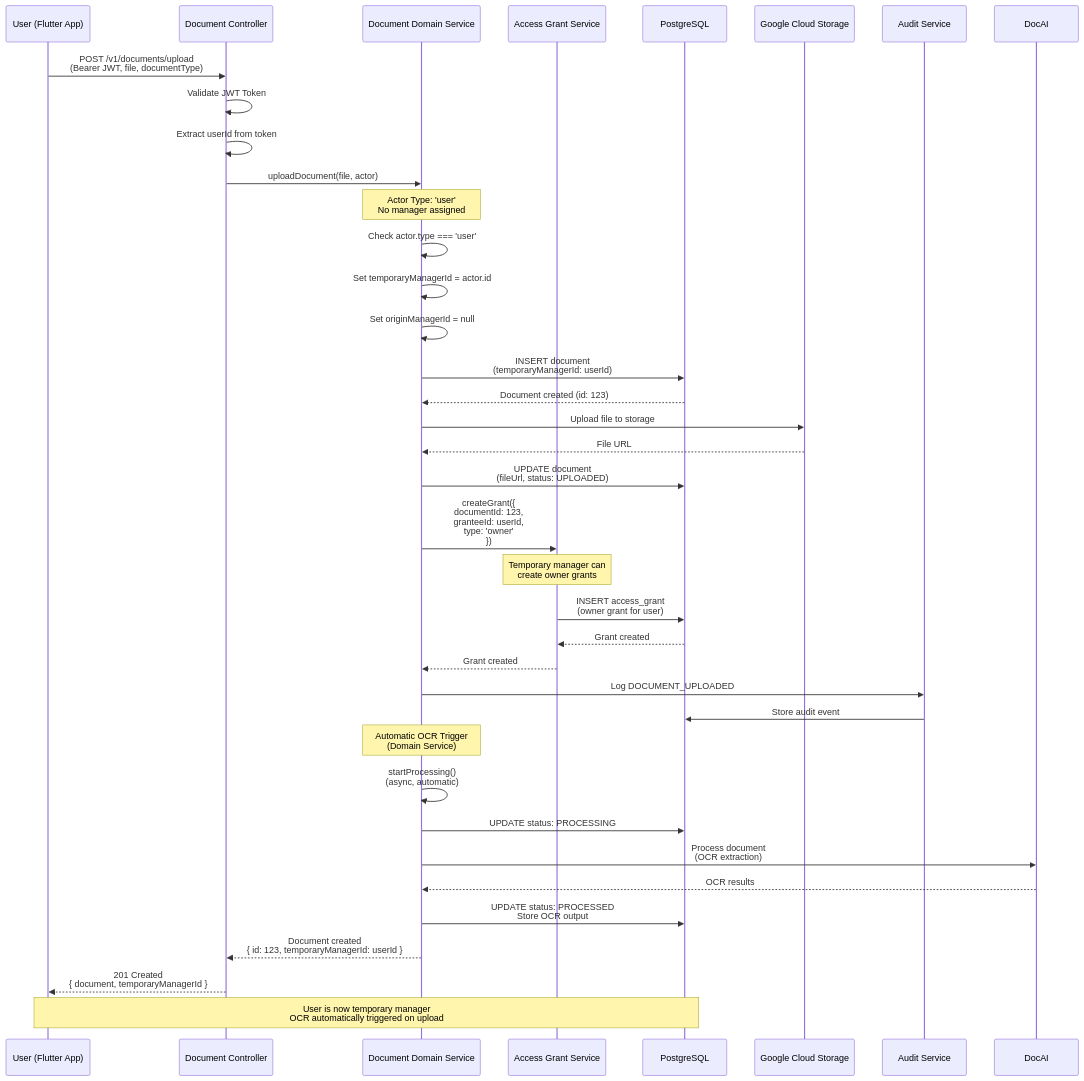
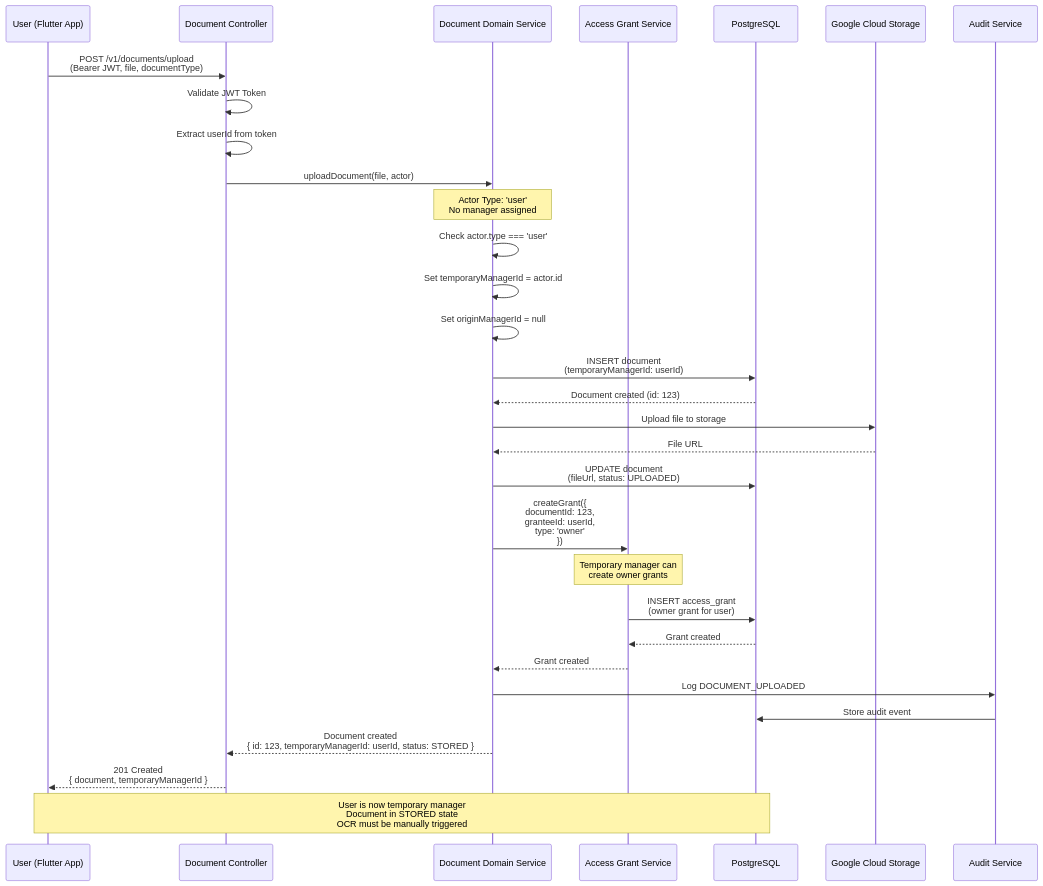
One commit to idropdev/keystone-core-api changed the second of 7 diagrams in docs/architecture/temporary-manager-and-anythingllm-integration.md. Above: the diagram before and after it, drawn with Mermaid. The commit also changed other lines of this file and 2 other files, not shown here.

First line of the commit message:
revert: remove automatic OCR, make OCR always manual trigger only

````diff
--- a/docs/architecture/temporary-manager-and-anythingllm-integration.md
+++ b/docs/architecture/temporary-manager-and-anythingllm-integration.md
@@ -147,58 +163,50 @@
 ```mermaid
 sequenceDiagram
     participant User as User (Flutter App)
     participant API as Document Controller
     participant DocService as Document Domain Service
     participant AccessService as Access Grant Service
     participant DB as PostgreSQL
     participant GCS as Google Cloud Storage
     participant Audit as Audit Service
 
     User->>API: POST /v1/documents/upload<br/>(Bearer JWT, file, documentType)
     
     API->>API: Validate JWT Token
     API->>API: Extract userId from token
     
     API->>DocService: uploadDocument(file, actor)
     
     Note over DocService: Actor Type: 'user'<br/>No manager assigned
     
     DocService->>DocService: Check actor.type === 'user'
     DocService->>DocService: Set temporaryManagerId = actor.id
     DocService->>DocService: Set originManagerId = null
     
     DocService->>DB: INSERT document<br/>(temporaryManagerId: userId)
     
     DB-->>DocService: Document created (id: 123)
     
     DocService->>GCS: Upload file to storage
     GCS-->>DocService: File URL
     
     DocService->>DB: UPDATE document<br/>(fileUrl, status: UPLOADED)
     
     DocService->>AccessService: createGrant({<br/>  documentId: 123,<br/>  granteeId: userId,<br/>  type: 'owner'<br/>})
     
     Note over AccessService: Temporary manager can<br/>create owner grants
     
     AccessService->>DB: INSERT access_grant<br/>(owner grant for user)
     DB-->>AccessService: Grant created
     
     AccessService-->>DocService: Grant created
     
     DocService->>Audit: Log DOCUMENT_UPLOADED
     Audit->>DB: Store audit event
     
-    Note over DocService: Automatic OCR Trigger<br/>(Domain Service)
-    
-    DocService->>DocService: startProcessing()<br/>(async, automatic)
-    DocService->>DB: UPDATE status: PROCESSING
-    DocService->>DocAI: Process document<br/>(OCR extraction)
-    DocAI-->>DocService: OCR results
-    DocService->>DB: UPDATE status: PROCESSED<br/>Store OCR output
-    
-    DocService-->>API: Document created<br/>{ id: 123, temporaryManagerId: userId }
+    DocService-->>API: Document created<br/>{ id: 123, temporaryManagerId: userId, status: STORED }
     
     API-->>User: 201 Created<br/>{ document, temporaryManagerId }
     
-    Note over User,DB: User is now temporary manager<br/>OCR automatically triggered on upload
+    Note over User,DB: User is now temporary manager<br/>Document in STORED state<br/>OCR must be manually triggered
 ```
````
